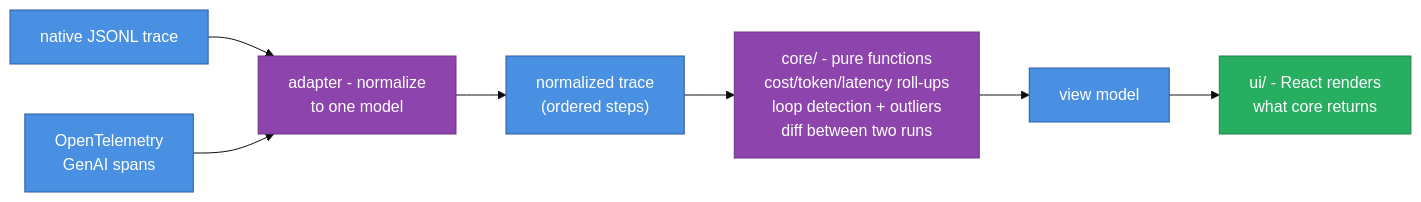
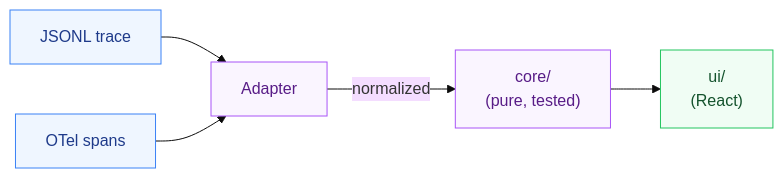
The diagram in README.md (parag-labs/agent-trace), drawn with Mermaid (base theme) before and after one commit.

Commit message:
Simplify the README diagram: short labels, softer palette

````diff
--- a/README.md
+++ b/README.md
@@ -101,16 +101,14 @@
 ```mermaid
 flowchart LR
-  classDef proc fill:#4a90e2,stroke:#2c5aa0,color:#fff
-  classDef good fill:#27ae60,stroke:#1e8449,color:#fff
-  classDef work fill:#8e44ad,stroke:#6c3483,color:#fff
-  J["native JSONL trace"]:::proc
-  O["OpenTelemetry<br/>GenAI spans"]:::proc
-  ADAPT["adapter - normalize<br/>to one model"]:::work
-  NORM["normalized trace<br/>(ordered steps)"]:::proc
-  CORE["core/ - pure functions<br/>cost/token/latency roll-ups<br/>loop detection + outliers<br/>diff between two runs"]:::work
-  VM["view model"]:::proc
-  UI["ui/ - React renders<br/>what core returns"]:::good
+  classDef proc fill:#eff6ff,stroke:#3b82f6,color:#1e3a8a
+  classDef good fill:#f0fdf4,stroke:#22c55e,color:#14532d
+  classDef work fill:#faf5ff,stroke:#a855f7,color:#581c87
+  J["JSONL trace"]:::proc
+  O["OTel spans"]:::proc
+  ADAPT["Adapter"]:::work
+  CORE["core/<br/>(pure, tested)"]:::work
+  UI["ui/<br/>(React)"]:::good
   J --> ADAPT
   O --> ADAPT
-  ADAPT --> NORM --> CORE --> VM --> UI
+  ADAPT -->|normalized| CORE --> UI
 ```
````
